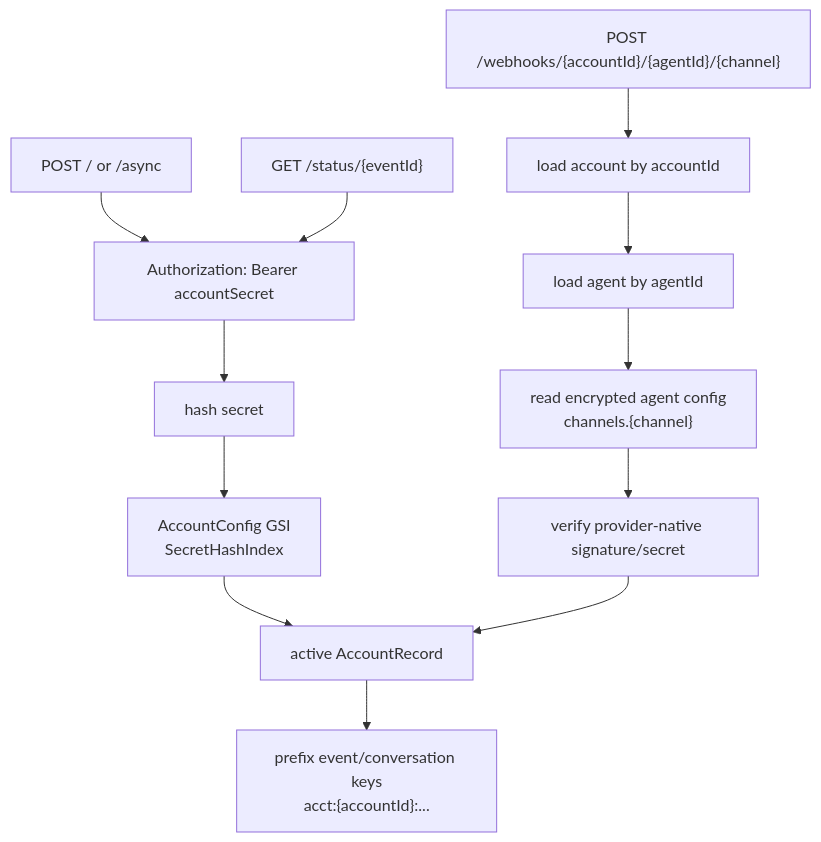
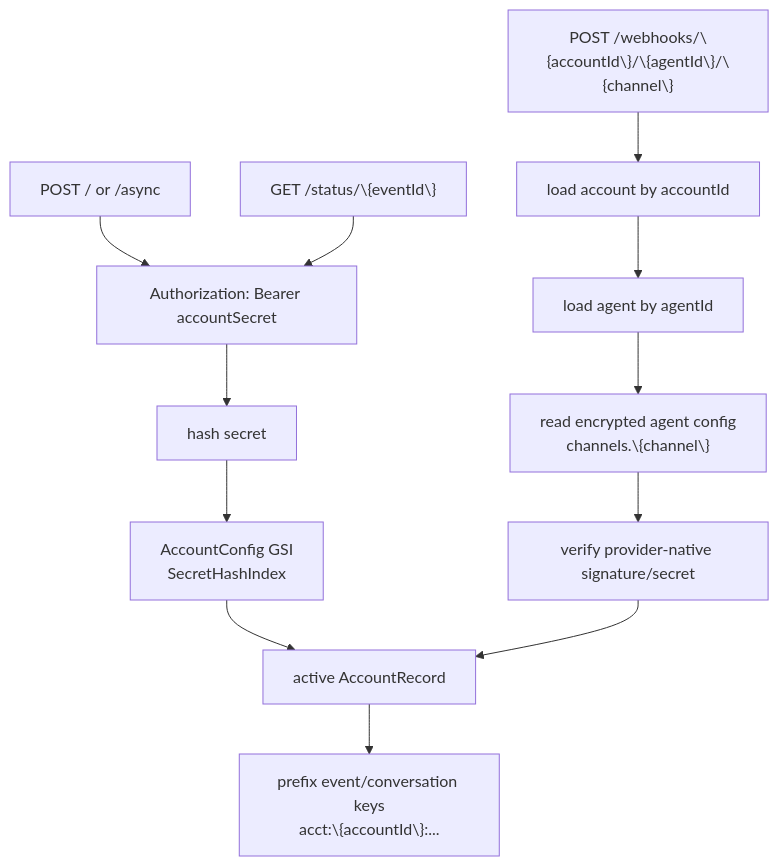
The third of 9 diagrams in docs/architecture.md (beeblastco/broods), drawn with Mermaid before and after one commit. The commit also changed other lines of this file and 3 other files, not shown here.

Commit message:
fix: escape curly braces in mermaid diagrams for proper rendering

````diff
--- a/docs/architecture.md
+++ b/docs/architecture.md
@@ -74,16 +74,16 @@
 ```mermaid
 flowchart TD
   Direct["POST / or /async"] --> Bearer["Authorization: Bearer accountSecret"]
-  Status["GET /status/{eventId}"] --> Bearer
+  Status["GET /status/\{eventId\}"] --> Bearer
   Bearer --> Hash["hash secret"]
   Hash --> Lookup["AccountConfig GSI<br/>SecretHashIndex"]
   Lookup --> Account["active AccountRecord"]
 
-  Webhook["POST /webhooks/{accountId}/{agentId}/{channel}"] --> Load["load account by accountId"]
+  Webhook["POST /webhooks/\{accountId\}/\{agentId\}/\{channel\}"] --> Load["load account by accountId"]
   Load --> AgentLookup["load agent by agentId"]
-  AgentLookup --> ChannelConfig["read encrypted agent config<br/>channels.{channel}"]
+  AgentLookup --> ChannelConfig["read encrypted agent config<br/>channels.\{channel\}"]
   ChannelConfig --> Verify["verify provider-native signature/secret"]
   Verify --> Account
 
-  Account --> Namespace["prefix event/conversation keys<br/>acct:{accountId}:..."]
+  Account --> Namespace["prefix event/conversation keys<br/>acct:\{accountId\}:..."]
 ```
````
